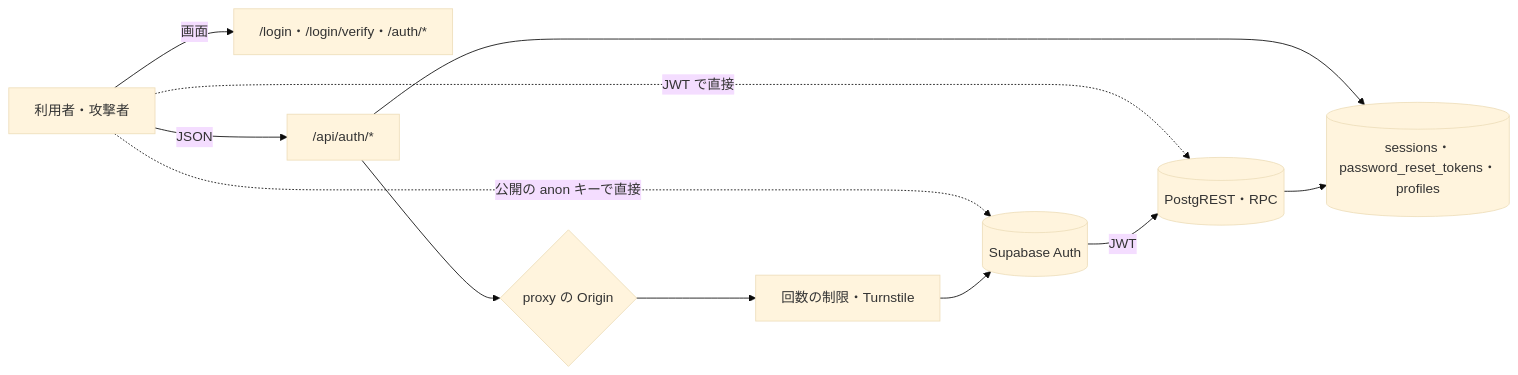
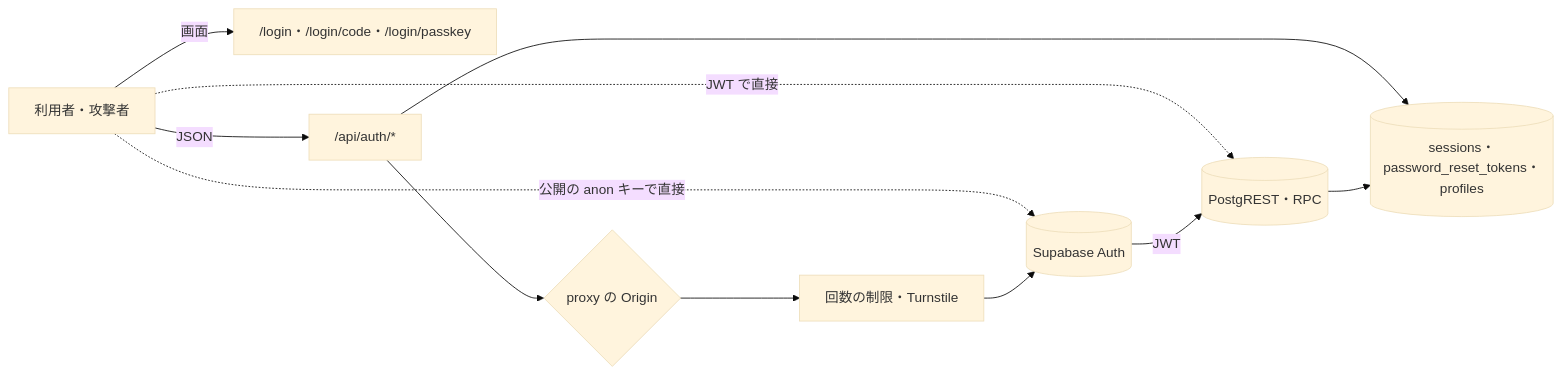
Before and after one commit to ChocoWork/o_official: the diagram in docs/05_Quality/security/threats/auth.md, drawn with Mermaid (base theme). The commit also changed other lines of this file and 10 other files, not shown here.

````diff
--- a/docs/05_Quality/security/threats/auth.md
+++ b/docs/05_Quality/security/threats/auth.md
@@ -33,13 +33,13 @@
 ```mermaid
 flowchart LR
-  U[利用者・攻撃者] -->|画面| P["/login・/login/verify・/auth/*"]
+  U[利用者・攻撃者] -->|画面| P["/login・/login/code・/login/passkey"]
   U -->|JSON| A["/api/auth/*"]
   U -.->|公開の anon キーで直接| GT[(Supabase Auth)]
   U -.->|JWT で直接| R[(PostgREST・RPC)]
   A --> PX{proxy の Origin}
   PX --> RL[回数の制限・Turnstile]
   RL --> GT
   A --> DB[(sessions・password_reset_tokens・profiles)]
   GT -->|JWT| R
   R --> DB
 ```
````
